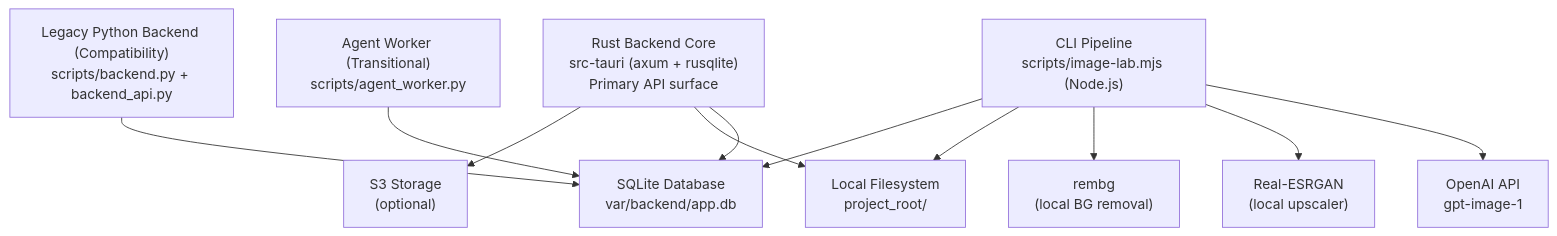
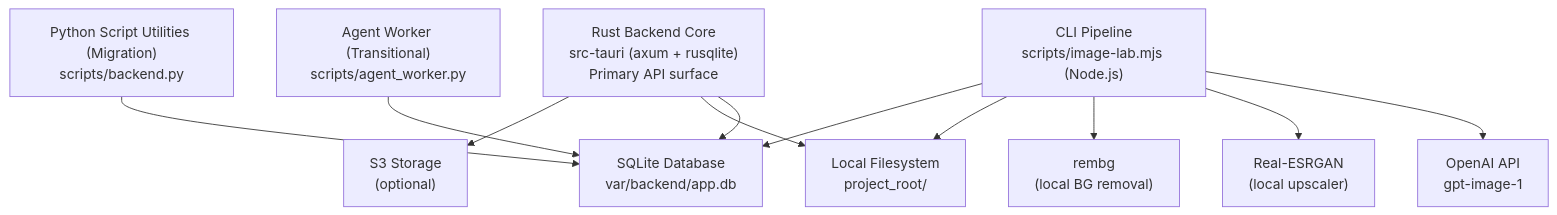
The first of 3 diagrams in docs/Kroma_—_Project_Spec_(Current_State_&_Roadmap).md (ldco/Kroma), drawn with Mermaid before and after one commit. The commit also changed other lines of this file and 15 other files, not shown here.

Commit message:
refactor(api): remove voice legacy surface and split secrets module

````diff
--- a/docs/Kroma_—_Project_Spec_(Current_State_&_Roadmap).md
+++ b/docs/Kroma_—_Project_Spec_(Current_State_&_Roadmap).md
@@ -37,26 +37,26 @@
 ```mermaid
 graph TD
     RustAPI["Rust Backend Core\nsrc-tauri (axum + rusqlite)\nPrimary API surface"]
     DB["SQLite Database\nvar/backend/app.db"]
     CLI["CLI Pipeline\nscripts/image-lab.mjs (Node.js)"]
     Worker["Agent Worker (Transitional)\nscripts/agent_worker.py"]
-    LegacyPy["Legacy Python Backend (Compatibility)\nscripts/backend.py + backend_api.py"]
+    PyTools["Python Script Utilities (Migration)\nscripts/backend.py"]
     OpenAI["OpenAI API\ngpt-image-1"]
     ESRGAN["Real-ESRGAN\n(local upscaler)"]
     Rembg["rembg\n(local BG removal)"]
     FS["Local Filesystem\nproject_root/"]
     S3["S3 Storage\n(optional)"]
 
     RustAPI --> DB
     RustAPI --> FS
     RustAPI --> S3
 
     CLI --> OpenAI
     CLI --> ESRGAN
     CLI --> Rembg
     CLI --> FS
     CLI --> DB
 
     Worker --> DB
-    LegacyPy --> DB
+    PyTools --> DB
 ```
````
